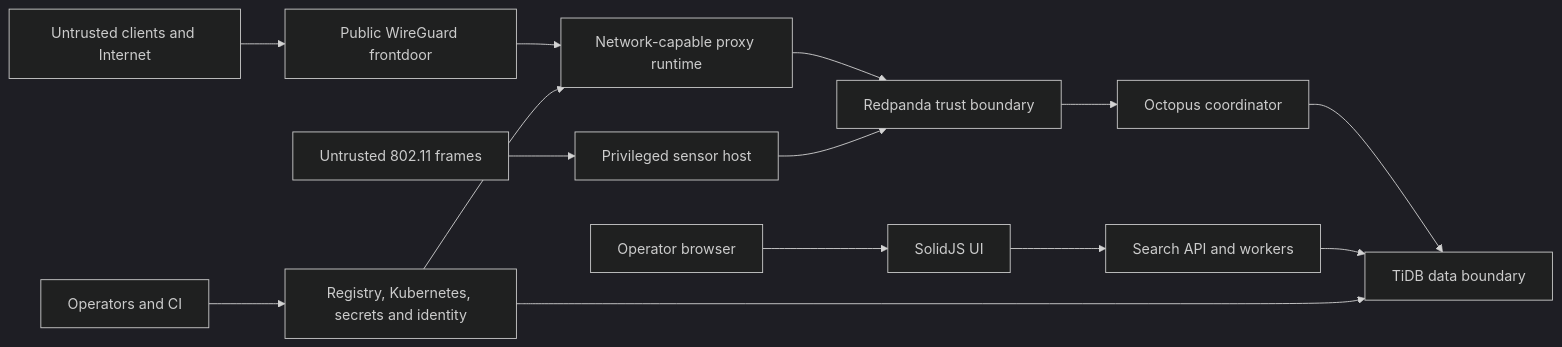
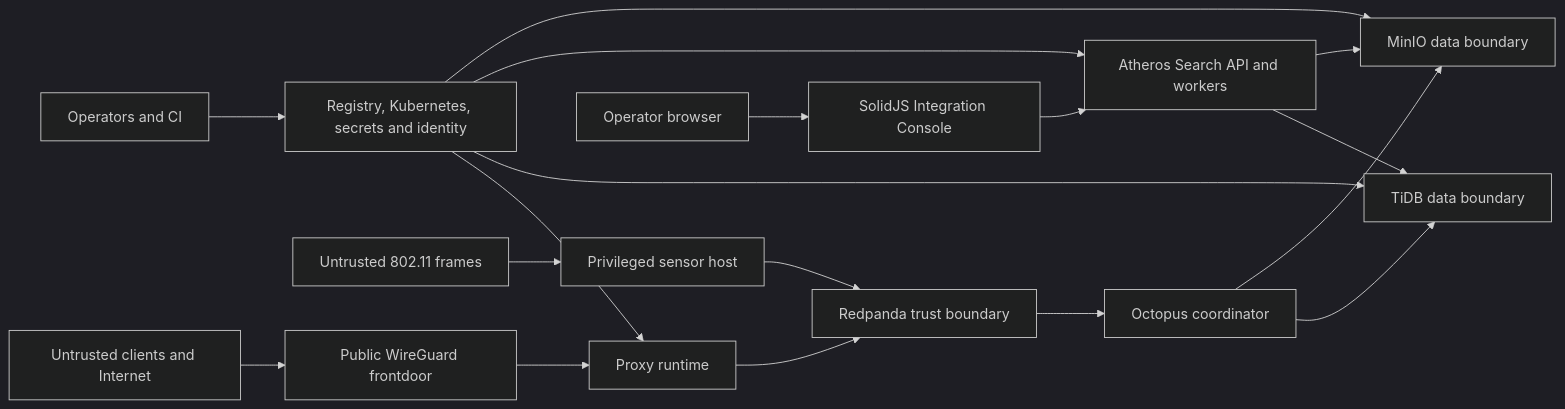
Before and after one commit to zlovtnik/ssl-proxy: the diagram in docs/threat-model.md, drawn with Mermaid (dark theme). The commit also changed other lines of this file and 5 other files, not shown here.

Commit message:
fix: add NetworkPolicy for ssl-proxy-minio and enhance regex pattern validation

````diff
--- a/docs/threat-model.md
+++ b/docs/threat-model.md
@@ -21,16 +19,20 @@
 ```mermaid
 flowchart LR
     internet[Untrusted clients and Internet] --> wg[Public WireGuard frontdoor]
-    wg --> privileged[Network-capable proxy runtime]
+    wg --> proxy[Proxy runtime]
     radio[Untrusted 802.11 frames] --> sensor[Privileged sensor host]
-    privileged --> redpanda[Redpanda trust boundary]
+    proxy --> redpanda[Redpanda trust boundary]
     sensor --> redpanda
     redpanda --> octopus[Octopus coordinator]
     octopus --> tidb[TiDB data boundary]
-    search[Search API and workers] --> tidb
-    browser[Operator browser] --> ui[SolidJS UI]
+    octopus --> minio[MinIO data boundary]
+    search[Atheros Search API and workers] --> tidb
+    search --> minio
+    browser[Operator browser] --> ui[SolidJS Integration Console]
     ui --> search
     operators[Operators and CI] --> control[Registry, Kubernetes, secrets and identity]
-    control --> privileged
+    control --> proxy
     control --> tidb
+    control --> search
+    control --> minio
 ```
````
